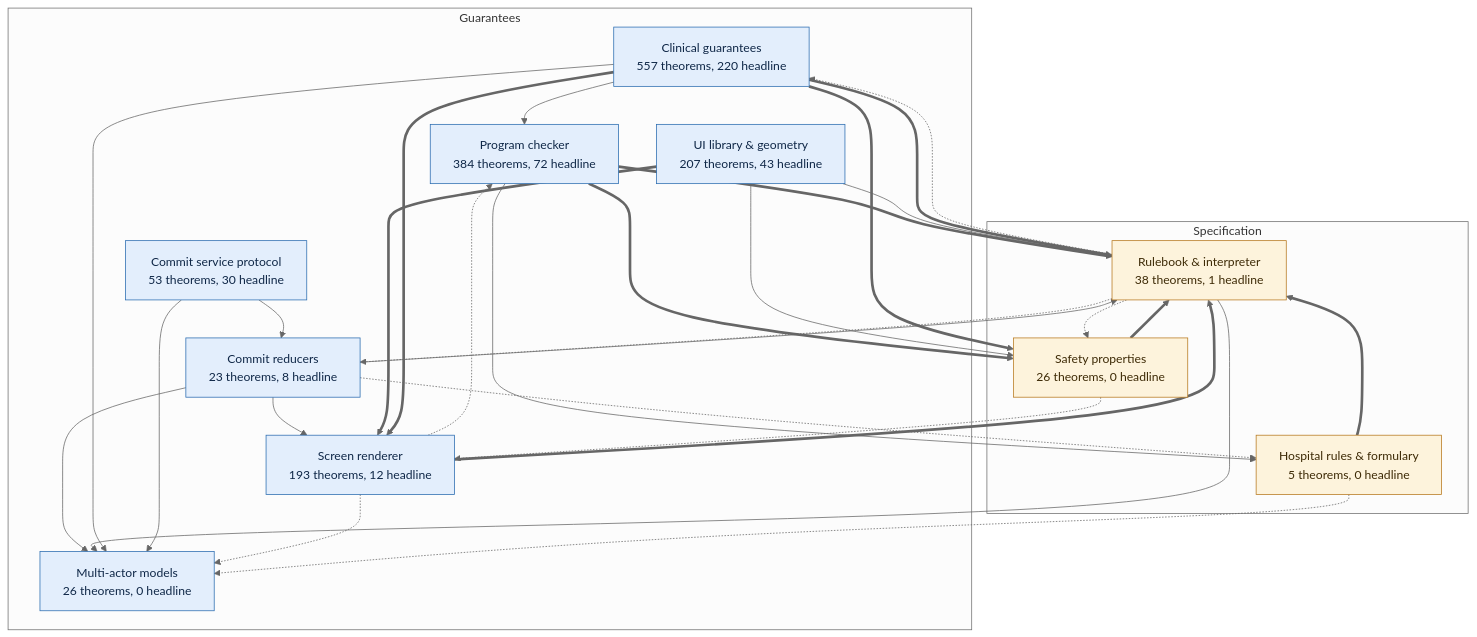
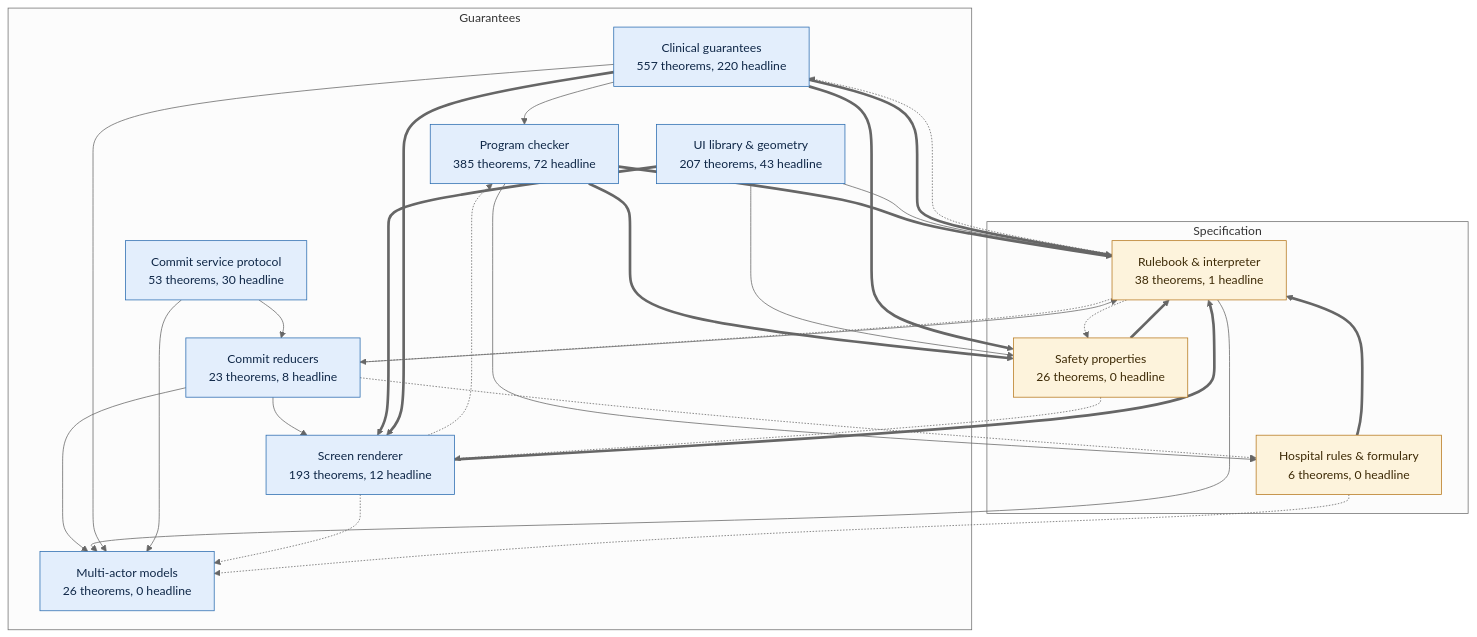
The first of 10 diagrams in docs/proof-map.md (saithat/VGI-Health), drawn with Mermaid (neutral theme) before and after one commit. The commit also changed 63 other files, not shown here.

````diff
--- a/docs/proof-map.md
+++ b/docs/proof-map.md
@@ -15,47 +15,47 @@
 ```mermaid
 flowchart TB
   subgraph guar_g["Guarantees"]
     proofs["Clinical guarantees<br/>557 theorems, 220 headline"]:::guar
-    check["Program checker<br/>384 theorems, 72 headline"]:::guar
+    check["Program checker<br/>385 theorems, 72 headline"]:::guar
     render["Screen renderer<br/>193 theorems, 12 headline"]:::guar
     layout["UI library &amp; geometry<br/>207 theorems, 43 headline"]:::guar
     commit["Commit reducers<br/>23 theorems, 8 headline"]:::guar
     protocol["Commit service protocol<br/>53 theorems, 30 headline"]:::guar
     multi["Multi-actor models<br/>26 theorems, 0 headline"]:::guar
   end
   subgraph spec_g["Specification"]
     core["Rulebook &amp; interpreter<br/>38 theorems, 1 headline"]:::spec
     props["Safety properties<br/>26 theorems, 0 headline"]:::spec
-    specs["Hospital rules &amp; formulary<br/>5 theorems, 0 headline"]:::spec
+    specs["Hospital rules &amp; formulary<br/>6 theorems, 0 headline"]:::spec
   end
   check ==> core
   check ==> props
   check --> specs
   commit --> core
   commit --> multi
   commit --> render
   commit -.-> specs
   core -.-> commit
   core --> multi
   core -.-> proofs
   core -.-> props
   layout --> core
   layout --> props
   layout ==> render
   proofs --> check
   proofs ==> core
   proofs --> multi
   proofs ==> props
   proofs ==> render
   props ==> core
   props -.-> render
   protocol --> commit
   protocol --> multi
   render -.-> check
   render ==> core
   render -.-> multi
   specs ==> core
   specs -.-> multi
   classDef spec fill:#fdf3dc,stroke:#b7791f,color:#3d2a06
   classDef guar fill:#e3eefc,stroke:#2b6cb0,color:#0f2747
 ```
````
